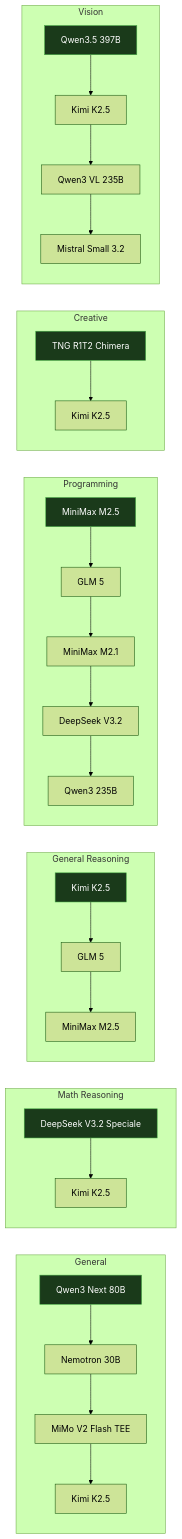
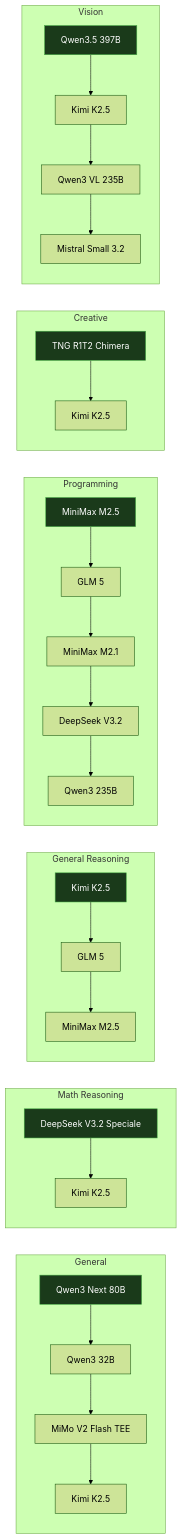
The second of 2 diagrams in README.md (chutesai/model-router), drawn with Mermaid (forest theme) before and after one commit. The commit also changed other lines of this file and 2 other files, not shown here.

Commit message:
Replace dead Nemotron fallback with Qwen

````diff
--- a/README.md
+++ b/README.md
@@ -187,28 +187,28 @@
 ```mermaid
 flowchart LR
     subgraph general["General"]
-        G1["Qwen3 Next 80B"] --> G2["Nemotron 30B"] --> G3["MiMo V2 Flash TEE"] --> G4["Kimi K2.5"]
+        G1["Qwen3 Next 80B"] --> G2["Qwen3 32B"] --> G3["MiMo V2 Flash TEE"] --> G4["Kimi K2.5"]
     end
     subgraph math["Math Reasoning"]
         M1["DeepSeek V3.2 Speciale"] --> M2["Kimi K2.5"]
     end
     subgraph genreason["General Reasoning"]
         GR1["Kimi K2.5"] --> GR2["GLM 5"] --> GR3["MiniMax M2.5"]
     end
     subgraph prog["Programming"]
         P1["MiniMax M2.5"] --> P2["GLM 5"] --> P3["MiniMax M2.1"] --> P4["DeepSeek V3.2"] --> P5["Qwen3 235B"]
     end
     subgraph creative["Creative"]
         C1["TNG R1T2 Chimera"] --> C2["Kimi K2.5"]
     end
     subgraph vision["Vision"]
         V1["Qwen3.5 397B"] --> V2["Kimi K2.5"] --> V3["Qwen3 VL 235B"] --> V4["Mistral Small 3.2"]
     end
 
     style G1 fill:#1a3a1a,stroke:#4a4,color:#fff
     style M1 fill:#1a3a1a,stroke:#4a4,color:#fff
     style GR1 fill:#1a3a1a,stroke:#4a4,color:#fff
     style P1 fill:#1a3a1a,stroke:#4a4,color:#fff
     style C1 fill:#1a3a1a,stroke:#4a4,color:#fff
     style V1 fill:#1a3a1a,stroke:#4a4,color:#fff
 ```
````
